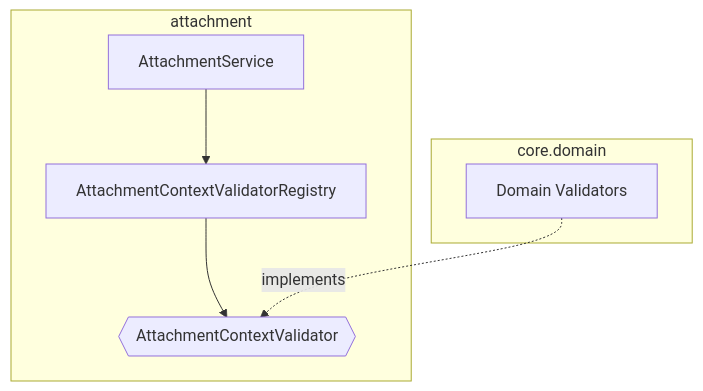
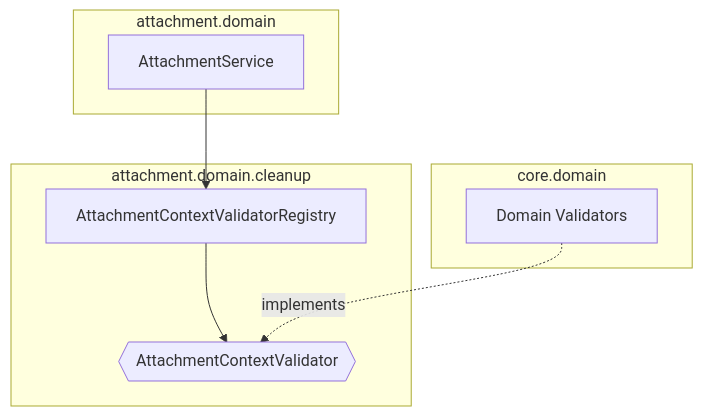
The second of 5 diagrams in apps/api/docs/attachment-architecture.md (mortonCareer/bconnect), drawn with Mermaid before and after one commit. The commit also changed other lines of this file and 3 other files, not shown here.

````diff
--- a/apps/api/docs/attachment-architecture.md
+++ b/apps/api/docs/attachment-architecture.md
@@ -60,14 +61,16 @@
 ```mermaid
 graph TD
-    subgraph attachment
+    subgraph attachment.domain
         Service[AttachmentService]
+    end
+    subgraph attachment.domain.cleanup
         Reg[AttachmentContextValidatorRegistry]
         V{{AttachmentContextValidator}}
     end
     subgraph core.domain
         DomV[Domain Validators]
     end
     Service --> Reg
     Reg --> V
     DomV -.implements.-> V
 ```
````
